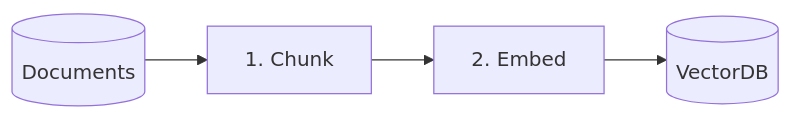
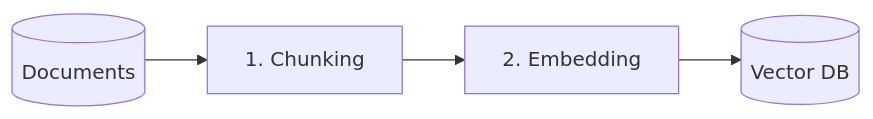
Before and after one commit to w4bo/AA2627-unibo-dcai: the fifth of 24 diagrams in slides/02-rag.qmd, drawn with Mermaid. The commit also changed other lines of this file, not shown here.

````diff
--- a/slides/02-rag.qmd
+++ b/slides/02-rag.qmd
@@ -232,7 +297,7 @@
 ```{mermaid}
 %%| echo: false
 flowchart LR
-  D[(Documents)] --> C[1. Chunk]
-  C --> E[2. Embed]
-  E --> I[(VectorDB)]
+  D[(Documents)] --> C[1. Chunking]
+  C --> E[2. Embedding]
+  E --> I[(Vector DB)]
 ```
````
